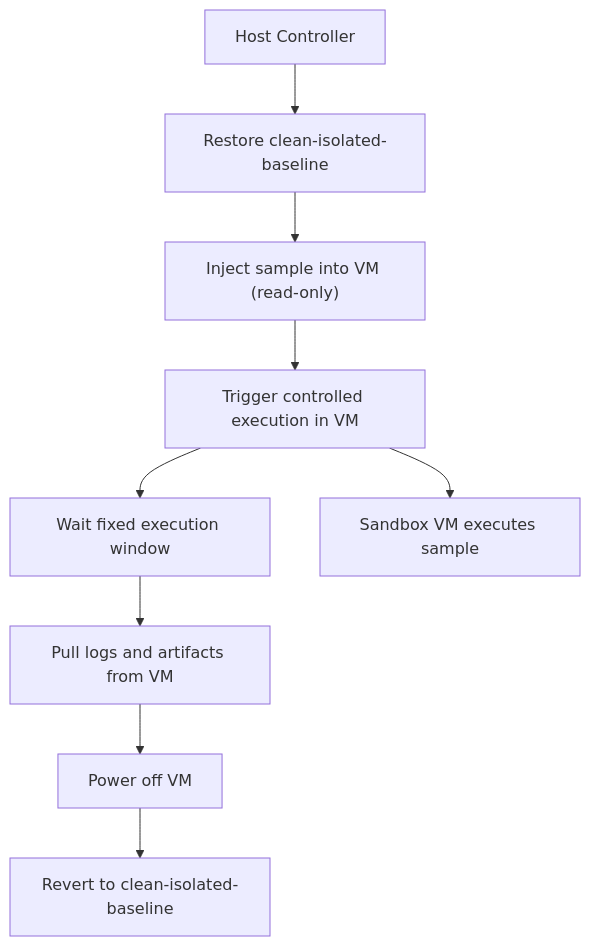
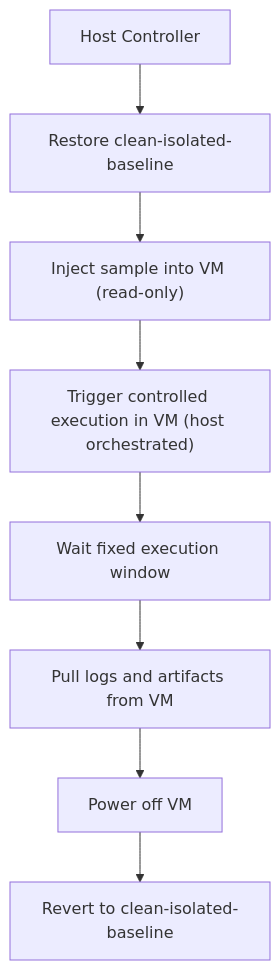
One commit to AndreasHerby/AndreasHerby.github.io changed the diagram in projects/malware_pipeline_pages/phase3.md. Above: the diagram before and after it, drawn with Mermaid.

````diff
--- a/projects/malware_pipeline_pages/phase3.md
+++ b/projects/malware_pipeline_pages/phase3.md
@@ -9,13 +9,11 @@
 ```mermaid
 flowchart TD
     Host["Host Controller"] --> S1["Restore clean-isolated-baseline"]
     S1 --> S2["Inject sample into VM (read-only)"]
-    S2 --> S3["Trigger controlled execution in VM"]
+    S2 --> S3["Trigger controlled execution in VM (host orchestrated)"]
     S3 --> S4["Wait fixed execution window"]
     S4 --> S5["Pull logs and artifacts from VM"]
     S5 --> S6["Power off VM"]
     S6 --> S7["Revert to clean-isolated-baseline"]
 
-    S3 --> VM["Sandbox VM executes sample"]
-
 ```
````
